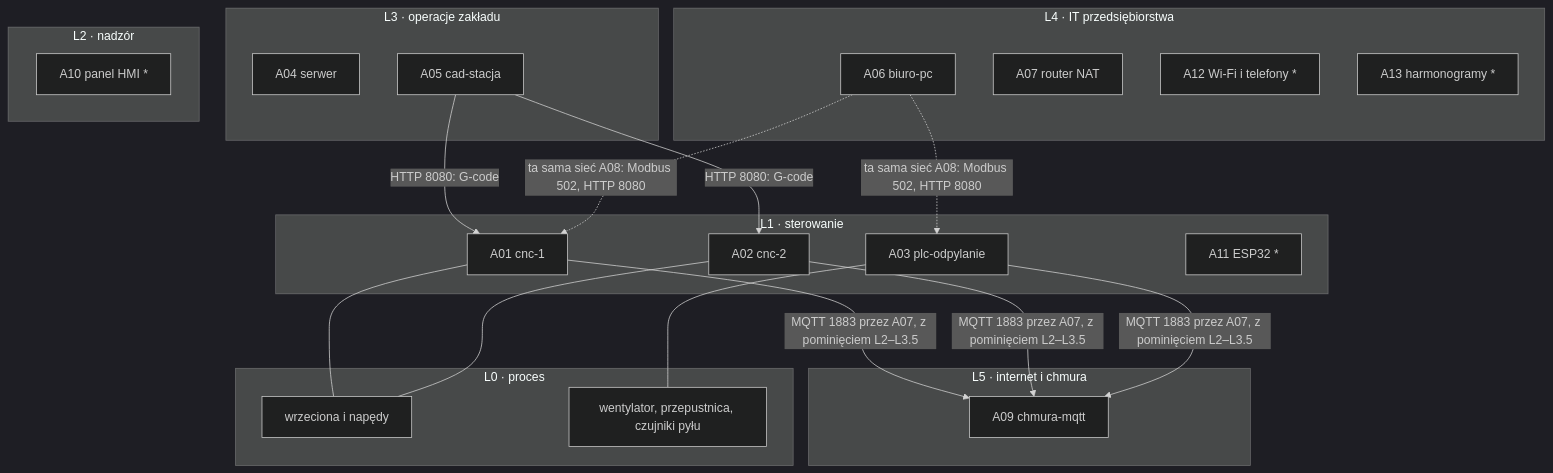
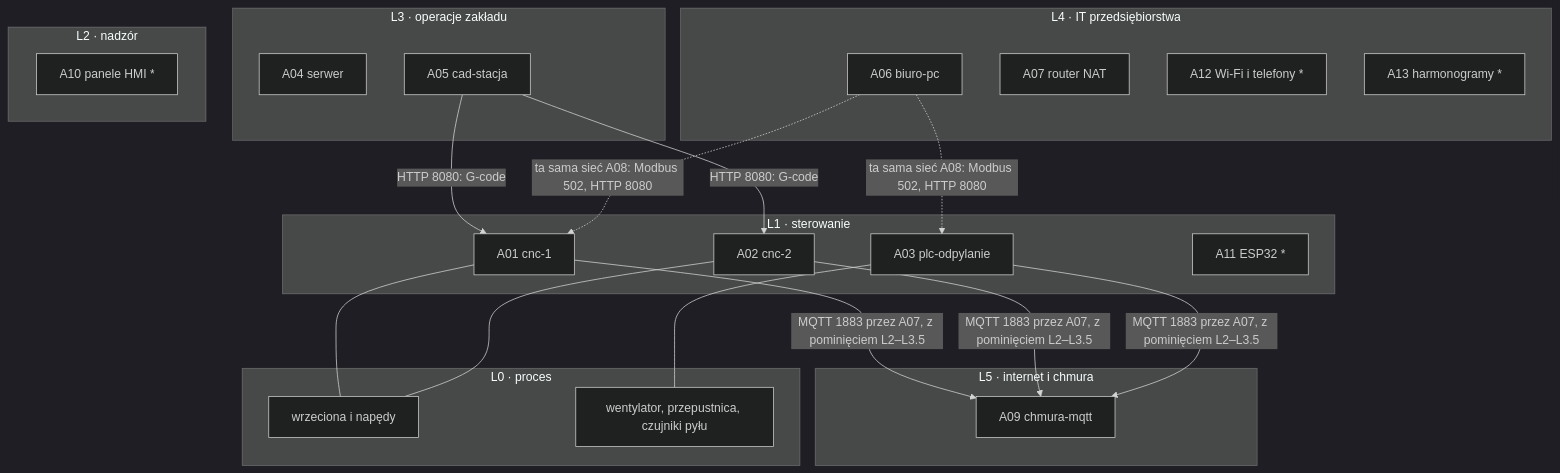
One commit to l3x1cn/Iot-Ot-Wood-Tech-CNC changed the diagram in docs/architektura/inwentaryzacja-aktywow.md. Above: the diagram before and after it, drawn with Mermaid (dark theme). The commit also changed other lines of this file and 9 other files, not shown here.

First line of the commit message:
T04: diagram przepływów danych stanu as-is

````diff
--- a/docs/architektura/inwentaryzacja-aktywow.md
+++ b/docs/architektura/inwentaryzacja-aktywow.md
@@ -81,34 +81,34 @@
 ```mermaid
 flowchart TB
     subgraph L5["L5 · internet i chmura"]
         A09["A09 chmura-mqtt"]
     end
     subgraph L4["L4 · IT przedsiębiorstwa"]
         A06["A06 biuro-pc"]
         A07["A07 router NAT"]
         A12["A12 Wi-Fi i telefony *"]
         A13["A13 harmonogramy *"]
     end
     subgraph L3["L3 · operacje zakładu"]
         A04["A04 serwer"]
         A05["A05 cad-stacja"]
     end
     subgraph L2["L2 · nadzór"]
-        A10["A10 panel HMI *"]
+        A10["A10 panele HMI *"]
     end
     subgraph L1["L1 · sterowanie"]
         A01["A01 cnc-1"]
         A02["A02 cnc-2"]
         A03["A03 plc-odpylanie"]
         A11["A11 ESP32 *"]
     end
     subgraph L0["L0 · proces"]
         P1["wrzeciona i napędy"]
         P2["wentylator, przepustnica, czujniki pyłu"]
     end
     A01 & A02 & A03 -->|"MQTT 1883 przez A07, z pominięciem L2–L3.5"| A09
     A05 -->|"HTTP 8080: G-code"| A01 & A02
     A06 -.->|"ta sama sieć A08: Modbus 502, HTTP 8080"| A03 & A01
     A01 & A02 --- P1
     A03 --- P2
 ```
````
